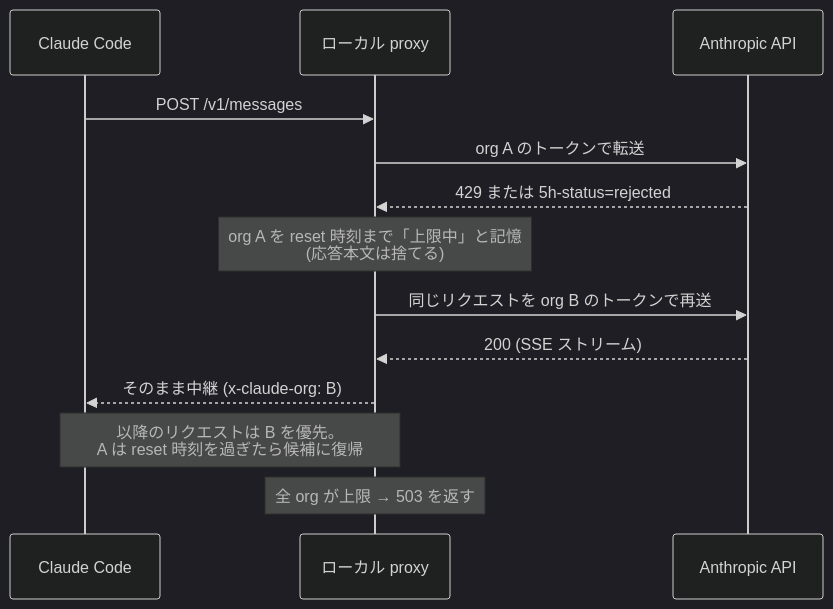
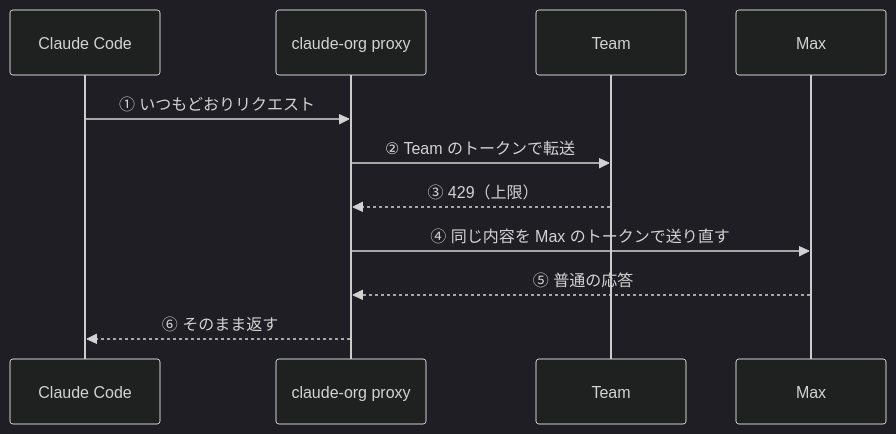
Before and after one commit to miyashita337/zenn-articles: the second of 2 diagrams in articles/claude-org-5h-failover.md, drawn with Mermaid (dark theme). The commit also changed other lines of this file and 2 other files, not shown here.

First line of the commit message:
docs: claude-org 記事を社内 LT の内容で書き直す

````diff
--- a/articles/claude-org-5h-failover.md
+++ b/articles/claude-org-5h-failover.md
@@ -91,15 +81,13 @@
 ```mermaid
 sequenceDiagram
   participant CC as Claude Code
-  participant PX as ローカル proxy
-  participant API as Anthropic API
-  CC->>PX: POST /v1/messages
-  PX->>API: org A のトークンで転送
-  API-->>PX: 429 または 5h-status=rejected
-  Note over PX: org A を reset 時刻まで「上限中」と記憶<br/>(応答本文は捨てる)
-  PX->>API: 同じリクエストを org B のトークンで再送
-  API-->>PX: 200 (SSE ストリーム)
-  PX-->>CC: そのまま中継 (x-claude-org: B)
-  Note over CC,PX: 以降のリクエストは B を優先。<br/>A は reset 時刻を過ぎたら候補に復帰
-  Note over PX: 全 org が上限 → 503 を返す
+  participant PX as claude-org proxy
+  participant T as Team
+  participant M as Max
+  CC->>PX: ① いつもどおりリクエスト
+  PX->>T: ② Team のトークンで転送
+  T-->>PX: ③ 429（上限）
+  PX->>M: ④ 同じ内容を Max のトークンで送り直す
+  M-->>PX: ⑤ 普通の応答
+  PX-->>CC: ⑥ そのまま返す
 ```
````
